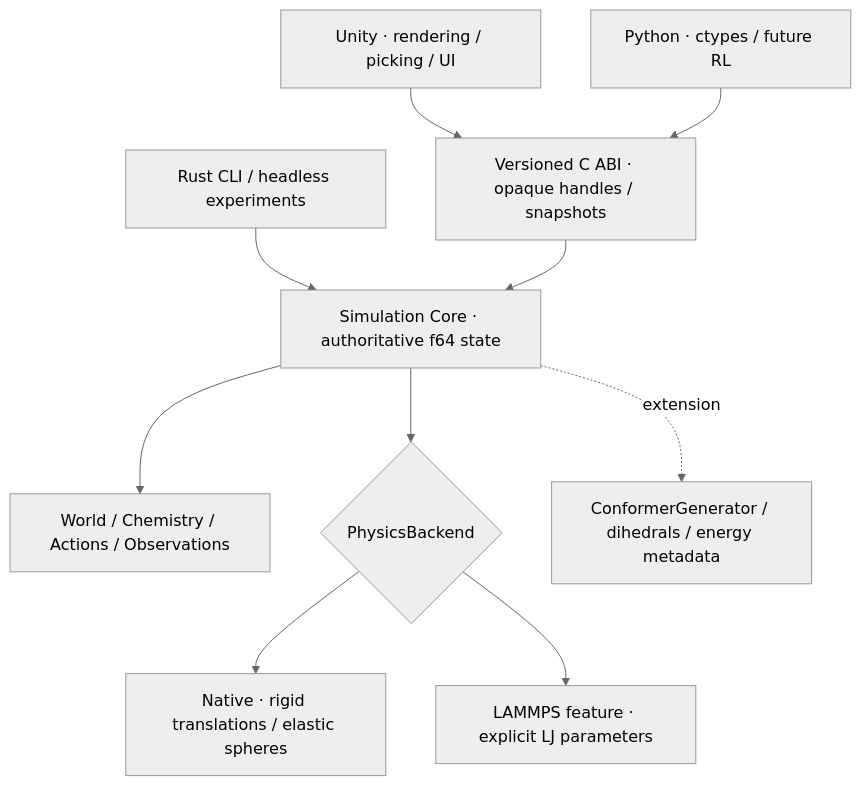
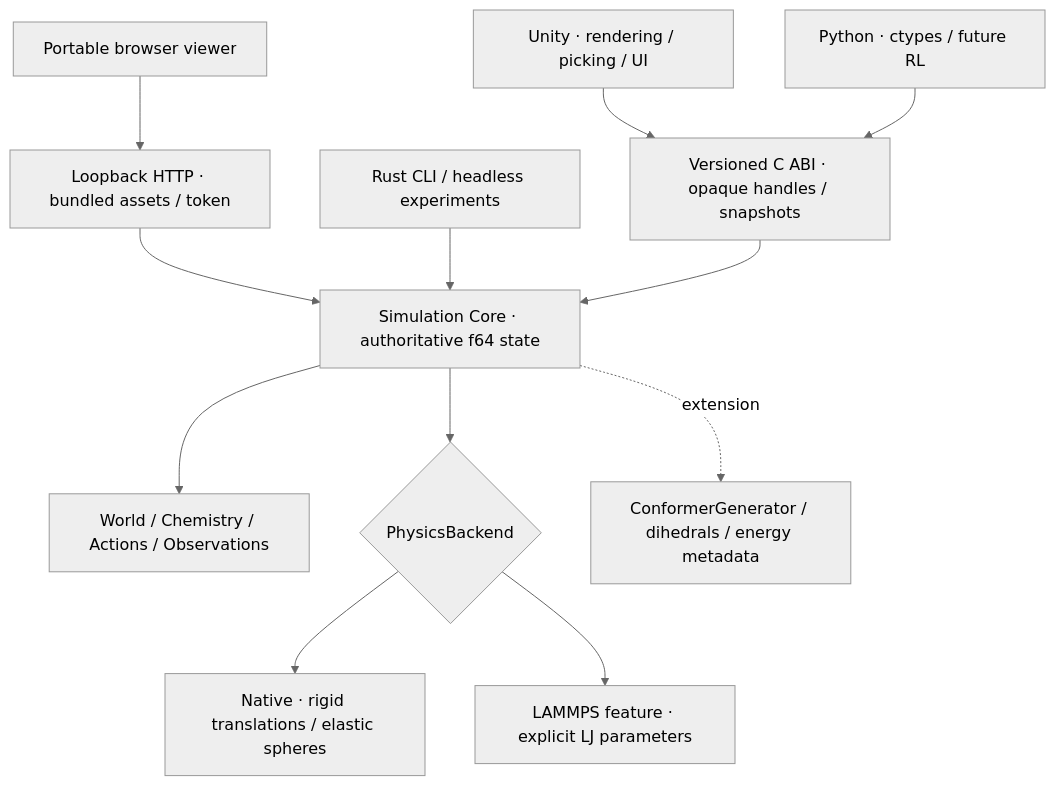
The diagram in README.md (masterTHou/TerraMol), drawn with Mermaid (neutral theme) before and after one commit. The commit also changed other lines of this file and 28 other files, not shown here.

Commit message:
Add standalone offline molecular viewer and one-click portable Windows entry

````diff
--- a/README.md
+++ b/README.md
@@ -23,12 +41,14 @@
 ```mermaid
 flowchart TD
     Unity[Unity · rendering / picking / UI] --> ABI[Versioned C ABI · opaque handles / snapshots]
     Python[Python · ctypes / future RL] --> ABI
+    Browser[Portable browser viewer] --> HTTP[Loopback HTTP · bundled assets / token]
+    HTTP --> Core
     CLI[Rust CLI / headless experiments] --> Core
     ABI --> Core[Simulation Core · authoritative f64 state]
     Core --> World[World / Chemistry / Actions / Observations]
     Core --> Backend{PhysicsBackend}
     Backend --> Native[Native · rigid translations / elastic spheres]
     Backend --> LAMMPS[LAMMPS feature · explicit LJ parameters]
     Core -. extension .-> Conformer[ConformerGenerator / dihedrals / energy metadata]
 ```
````
